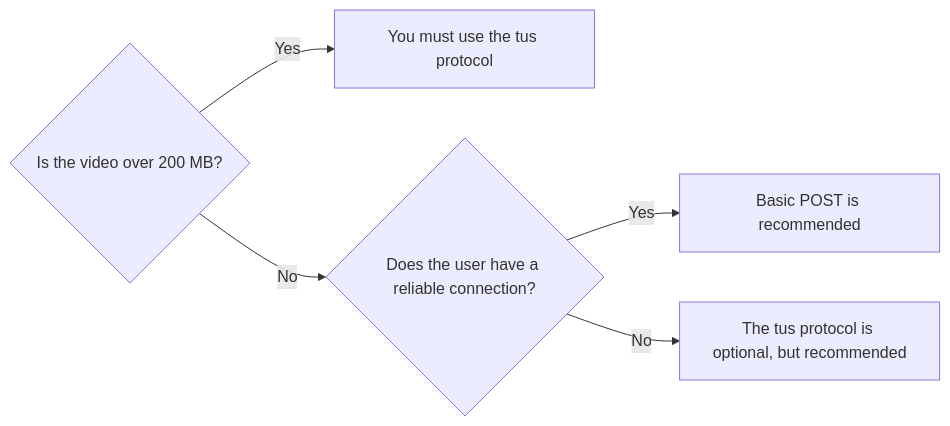
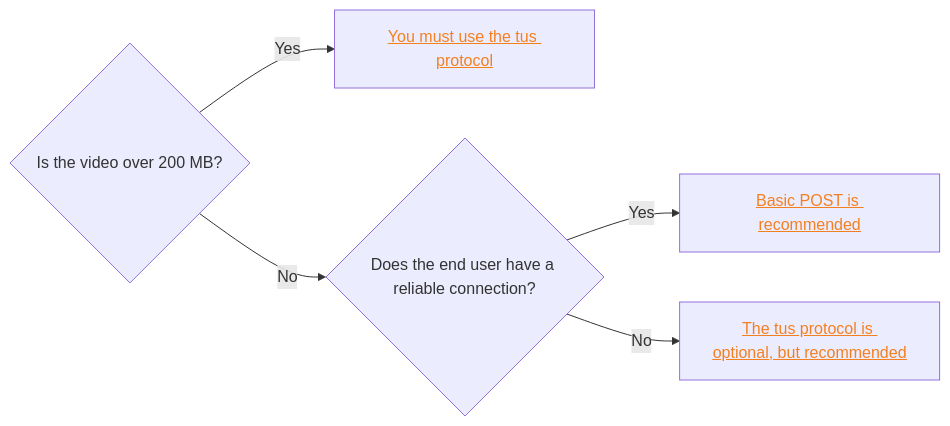
Before and after one commit to cloudflare/cloudflare-docs: the diagram in src/content/docs/stream/uploading-videos/direct-creator-uploads.mdx, drawn with Mermaid. The commit also changed other lines of this file and 1 other file, not shown here.

Commit message:
Completed drafting changes

````diff
--- a/src/content/docs/stream/uploading-videos/direct-creator-uploads.mdx
+++ b/src/content/docs/stream/uploading-videos/direct-creator-uploads.mdx
@@ -11,15 +11,17 @@
 ```mermaid
 flowchart LR
 accTitle: Direct creator uploads decision flow
 accDescr: Decision flow for choosing between basic POST uploads and tus protocol based on file size and connection reliability
 
 A{Is the video over 200 MB?}
-A -->|Yes| B[You must use the tus protocol]
-A -->|No| C{Does the user have a reliable connection?}
-C -->|Yes| D[Basic POST is recommended]
-C -->|No| E[The tus protocol is optional, but recommended]
+A -->|Yes| B[You must use the tus protocol]:::link
+A -->|No| C{Does the end user have a reliable connection?}
+C -->|Yes| D[Basic POST is recommended]:::link
+C -->|No| E[The tus protocol is optional, but recommended]:::link
 
-click B "/stream/uploading-videos/resumable-uploads/" "Learn about tus protocol"
-click D "#basic-uploads" "See basic upload instructions"
-click E "/stream/uploading-videos/resumable-uploads/" "Learn about tus protocol"
+classDef link text-decoration:underline,color:#F38020
+
+click B "#direct-creator-uploads-with-tus-protocol" "Learn about tus protocol"
+click D "#basic-post-request" "See basic POST instructions"
+click E "#direct-creator-uploads-with-tus-protocol" "Learn about tus protocol"
 ```
````
